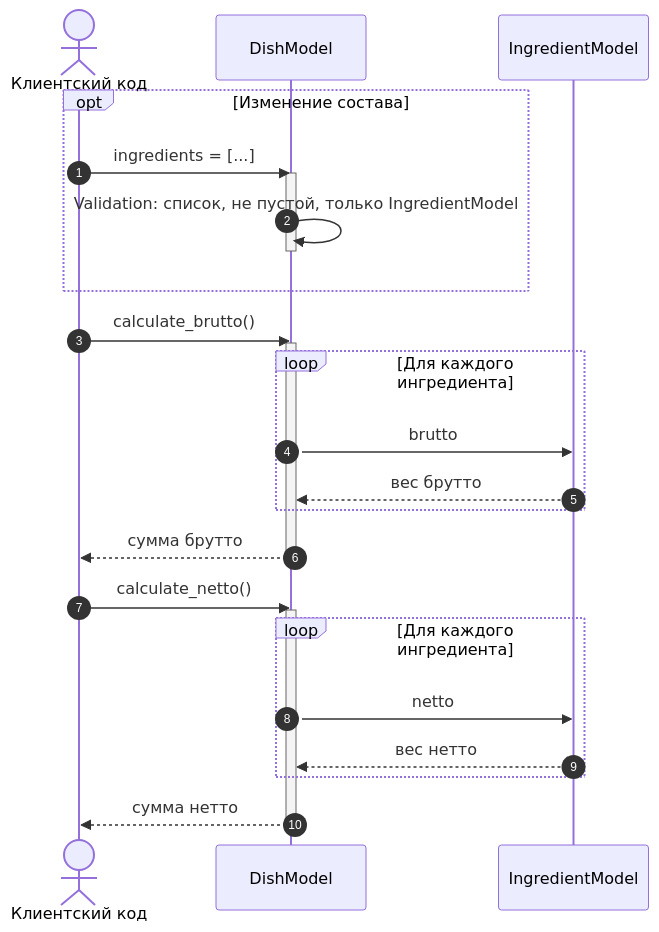
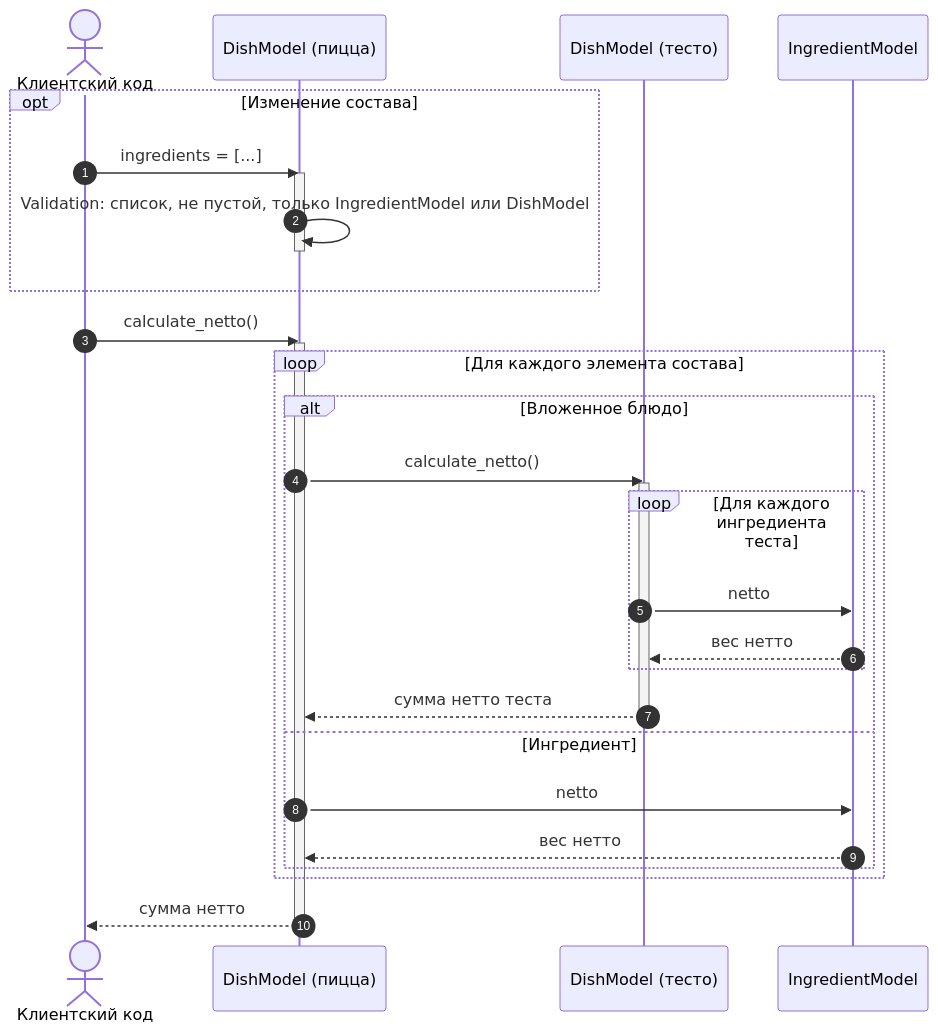
Before and after one commit to Dest1n640/Design-Patterns: the third of 3 diagrams in _docs/uml/recipes.md, drawn with Mermaid. The commit also changed other lines of this file and 10 other files, not shown here.

````diff
--- a/_docs/uml/recipes.md
+++ b/_docs/uml/recipes.md
@@ -132,32 +140,35 @@
 ```mermaid
 sequenceDiagram
     autonumber
     actor Client as Клиентский код
-    participant Dish as DishModel
+    participant Pizza as DishModel (пицца)
+    participant Dough as DishModel (тесто)
     participant Ingr as IngredientModel
 
     opt Изменение состава
-        Client->>Dish: ingredients = [...]
-        activate Dish
-        Dish->>Dish: Validation: список, не пустой, только IngredientModel
-        deactivate Dish
+        Client->>Pizza: ingredients = [...]
+        activate Pizza
+        Pizza->>Pizza: Validation: список, не пустой, только IngredientModel или DishModel
+        deactivate Pizza
     end
 
-    Client->>Dish: calculate_brutto()
-    activate Dish
-    loop Для каждого ингредиента
-        Dish->>Ingr: brutto
-        Ingr-->>Dish: вес брутто
+    Client->>Pizza: calculate_netto()
+    activate Pizza
+    loop Для каждого элемента состава
+        alt Вложенное блюдо
+            Pizza->>Dough: calculate_netto()
+            activate Dough
+            loop Для каждого ингредиента теста
+                Dough->>Ingr: netto
+                Ingr-->>Dough: вес нетто
+            end
+            Dough-->>Pizza: сумма нетто теста
+            deactivate Dough
+        else Ингредиент
+            Pizza->>Ingr: netto
+            Ingr-->>Pizza: вес нетто
+        end
     end
-    Dish-->>Client: сумма брутто
-    deactivate Dish
-
-    Client->>Dish: calculate_netto()
-    activate Dish
-    loop Для каждого ингредиента
-        Dish->>Ingr: netto
-        Ingr-->>Dish: вес нетто
-    end
-    Dish-->>Client: сумма нетто
-    deactivate Dish
+    Pizza-->>Client: сумма нетто
+    deactivate Pizza
 ```
````
